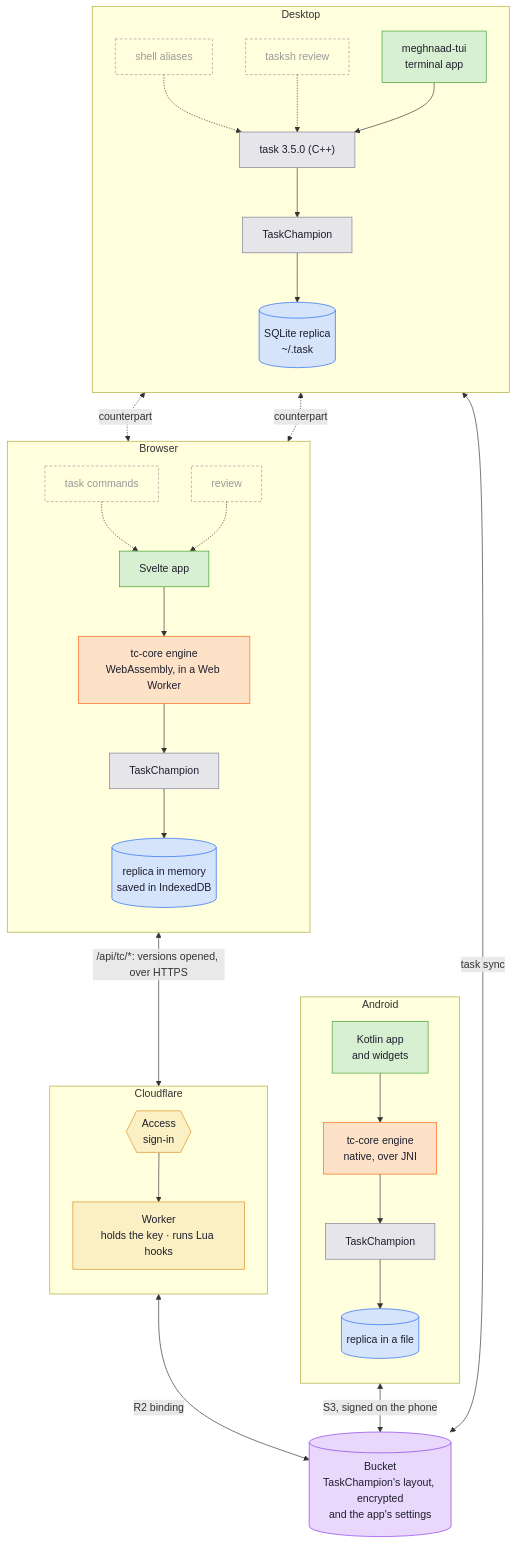
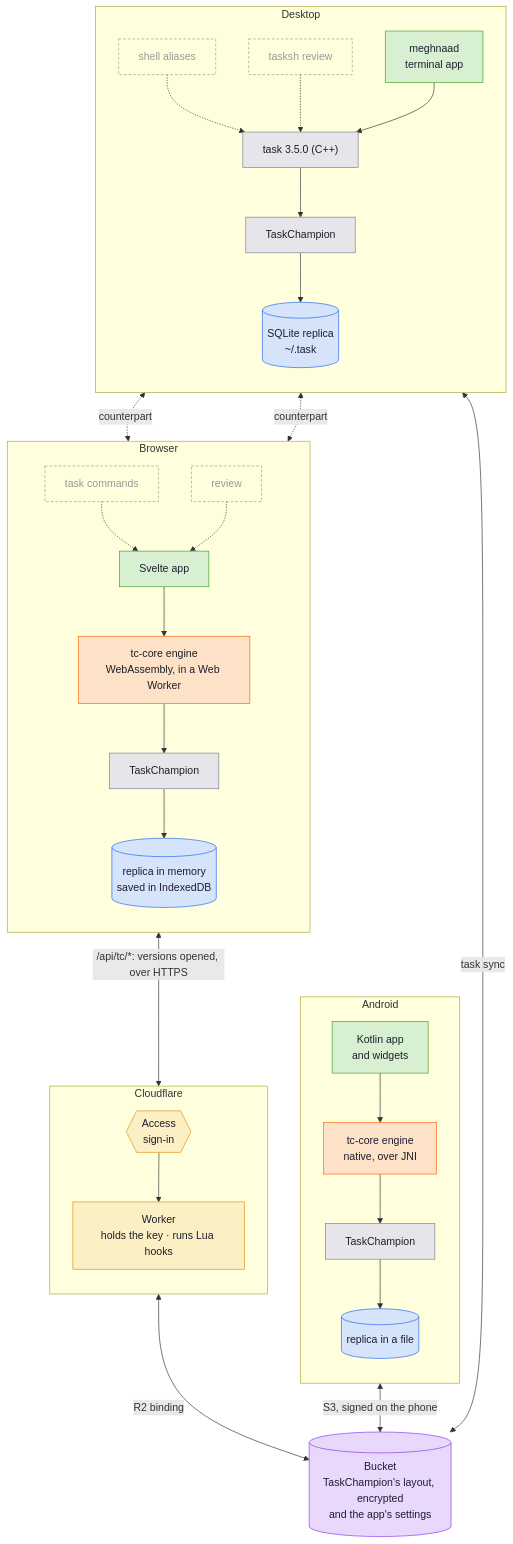
Before and after one commit to uroybd/Meghnaad: the diagram in README.md, drawn with Mermaid. The commit also changed other lines of this file and 10 other files, not shown here.

First line of the commit message:
feat: the terminal app installs as meghnaad

````diff
--- a/README.md
+++ b/README.md
@@ -152,68 +152,68 @@
 ```mermaid
 flowchart TB
   subgraph desktop["Desktop"]
     direction TB
     sh["shell aliases"]
     tsh["tasksh review"]
-    tui["meghnaad-tui<br/>terminal app"]
+    tui["meghnaad<br/>terminal app"]
     cli["task 3.5.0 (C++)"]
     tcd["TaskChampion"]
     db[("SQLite replica<br/>~/.task")]
     sh -.-> cli
     tsh -.-> cli
     tui --> cli --> tcd --> db
   end
 
   subgraph web["Browser"]
     direction TB
     cmds["task commands"]
     rev["review"]
     spa["Svelte app"]
     eng["tc-core engine<br/>WebAssembly, in a Web Worker"]
     tcw["TaskChampion"]
     mem[("replica in memory<br/>saved in IndexedDB")]
     cmds -.-> spa
     rev -.-> spa
     spa --> eng --> tcw --> mem
   end
 
   subgraph phone["Android"]
     direction TB
     app["Kotlin app<br/>and widgets"]
     nat["tc-core engine<br/>native, over JNI"]
     tcn["TaskChampion"]
     rep[("replica in a file")]
     app --> nat --> tcn --> rep
   end
 
   subgraph edge["Cloudflare"]
     direction TB
     access{{"Access<br/>sign-in"}}
     wk["Worker<br/>holds the key · runs Lua hooks"]
     access --> wk
   end
 
   bucket[("Bucket<br/>TaskChampion's layout, encrypted<br/>and the app's settings")]
 
   tcd <-- "task sync" --> bucket
   tcw <-- "/api/tc/*: versions opened, over HTTPS" --> access
   wk <-- "R2 binding" --> bucket
   tcn <-- "S3, signed on the phone" --> bucket
   sh <-. "counterpart" .-> cmds
   tsh <-. "counterpart" .-> rev
 
   classDef ui fill:#d8f0d2,stroke:#40a02b,color:#1e1e2e
   classDef engine fill:#fde2c8,stroke:#fe640b,color:#1e1e2e
   classDef tw fill:#e6e6ea,stroke:#7c7f93,color:#1e1e2e
   classDef store fill:#d6e4fb,stroke:#1e66f5,color:#1e1e2e
   classDef bucket fill:#e9d8fb,stroke:#8839ef,color:#1e1e2e
   classDef edge fill:#fbefc4,stroke:#df8e1d,color:#1e1e2e
   classDef ext fill:transparent,stroke:#999,color:#999,stroke-dasharray:4 3
   class tui,spa,app ui
   class eng,nat engine
   class cli,tcd,tcw,tcn tw
   class db,mem,rep store
   class access,wk edge
   class bucket bucket
   class sh,tsh,cmds,rev ext
 ```
````
